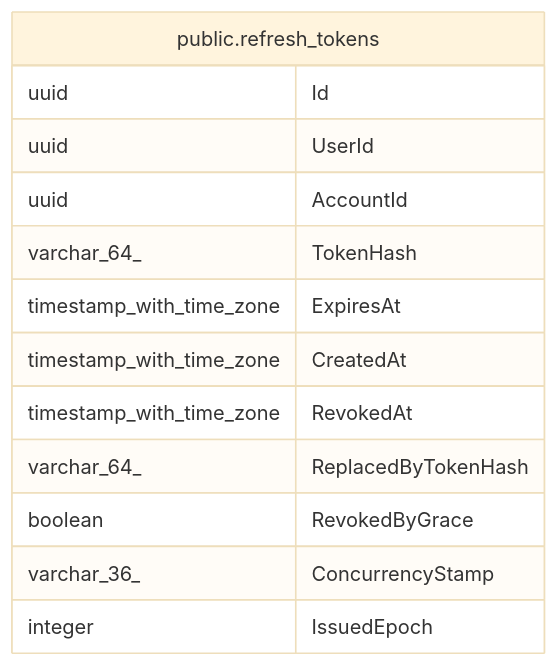
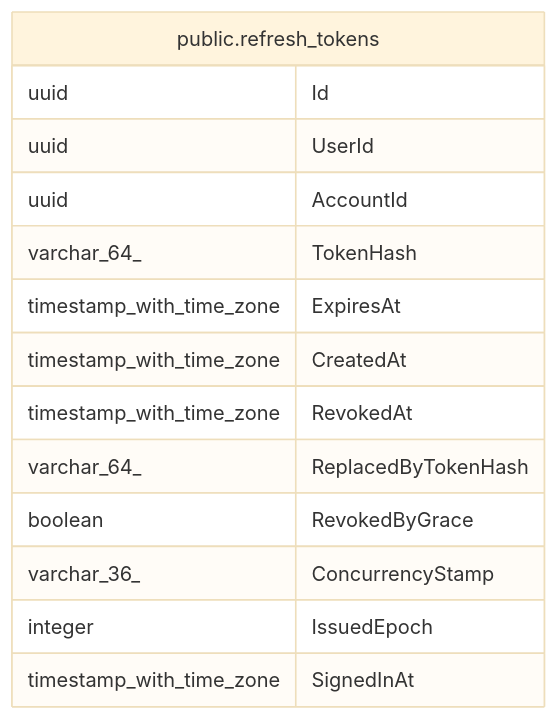
Before and after one commit to mforce/cluckwork: the diagram in docs/schema/public.refresh_tokens.md, drawn with Mermaid (base theme). The commit also changed other lines of this file and 26 other files, not shown here.

````diff
--- a/docs/schema/public.refresh_tokens.md
+++ b/docs/schema/public.refresh_tokens.md
@@ -51,18 +52,19 @@
 ```mermaid
 erDiagram
 
 
 "public.refresh_tokens" {
   uuid Id
   uuid UserId
   uuid AccountId
   varchar_64_ TokenHash
   timestamp_with_time_zone ExpiresAt
   timestamp_with_time_zone CreatedAt
   timestamp_with_time_zone RevokedAt
   varchar_64_ ReplacedByTokenHash
   boolean RevokedByGrace
   varchar_36_ ConcurrencyStamp
   integer IssuedEpoch
+  timestamp_with_time_zone SignedInAt
 }
 ```
````
